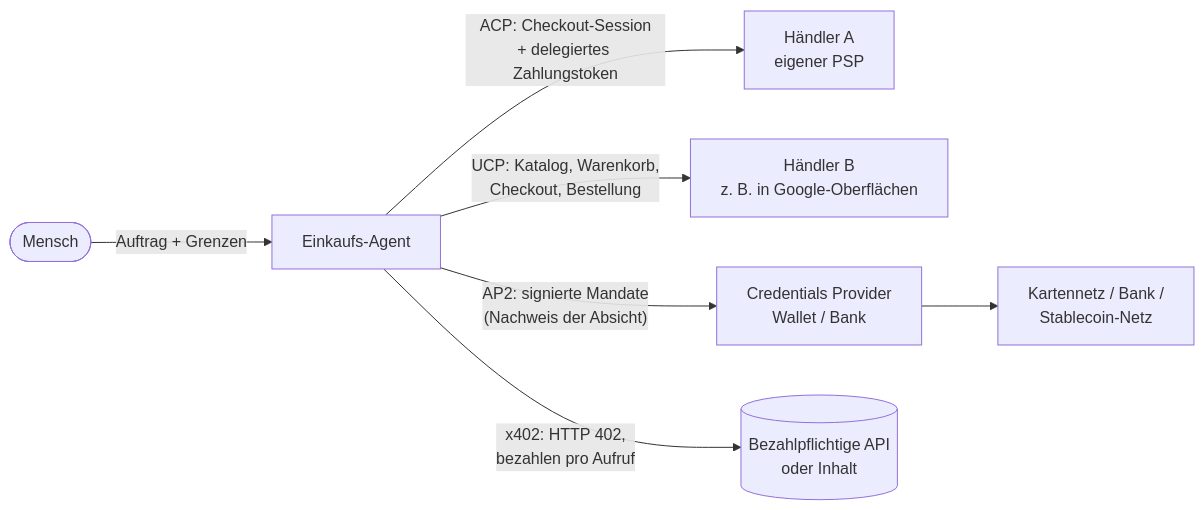
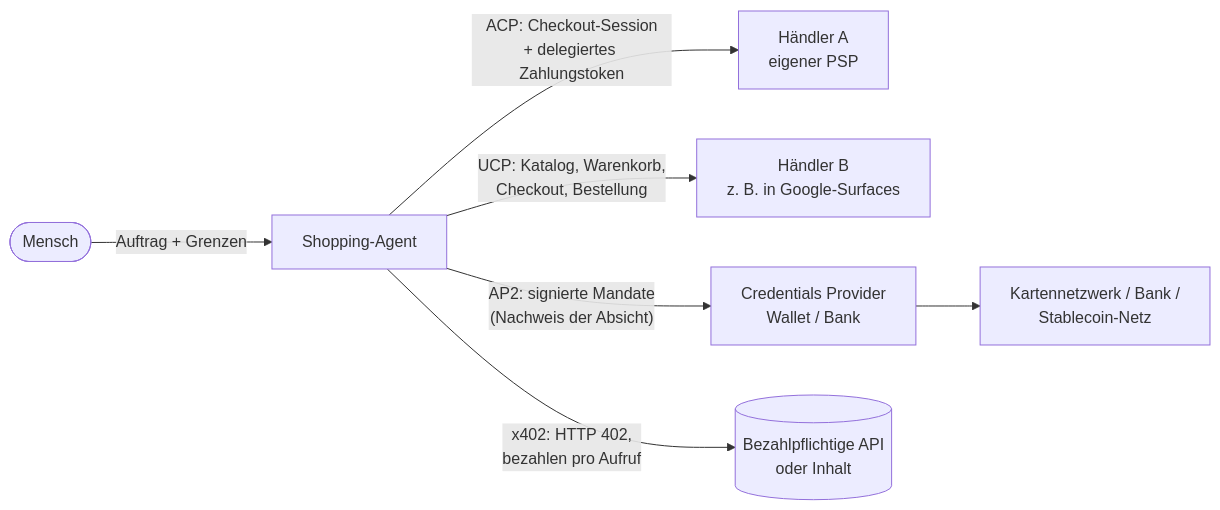
Before and after one commit to org-felix-paul/felix-paul-website: the eighth of 13 diagrams in src/blog/content/posts/agentic-protocols-compared.md, drawn with Mermaid. The commit also changed other lines of this file, not shown here.

````diff
--- a/src/blog/content/posts/agentic-protocols-compared.md
+++ b/src/blog/content/posts/agentic-protocols-compared.md
@@ -588,9 +588,9 @@
 ```mermaid
 flowchart LR
-    U([Mensch]) -->|"Auftrag + Grenzen"| SA[Einkaufs-Agent]
+    U([Mensch]) -->|"Auftrag + Grenzen"| SA[Shopping-Agent]
     SA -->|"ACP: Checkout-Session<br/>+ delegiertes Zahlungstoken"| M1[Händler A<br/>eigener PSP]
-    SA -->|"UCP: Katalog, Warenkorb,<br/>Checkout, Bestellung"| M2[Händler B<br/>z. B. in Google-Oberflächen]
+    SA -->|"UCP: Katalog, Warenkorb,<br/>Checkout, Bestellung"| M2[Händler B<br/>z. B. in Google-Surfaces]
     SA -->|"AP2: signierte Mandate<br/>(Nachweis der Absicht)"| CP[Credentials Provider<br/>Wallet / Bank]
-    CP --> NET[Kartennetz / Bank /<br/>Stablecoin-Netz]
+    CP --> NET[Kartennetzwerk / Bank /<br/>Stablecoin-Netz]
     SA -->|"x402: HTTP 402,<br/>bezahlen pro Aufruf"| API[(Bezahlpflichtige API<br/>oder Inhalt)]
 ```
````
